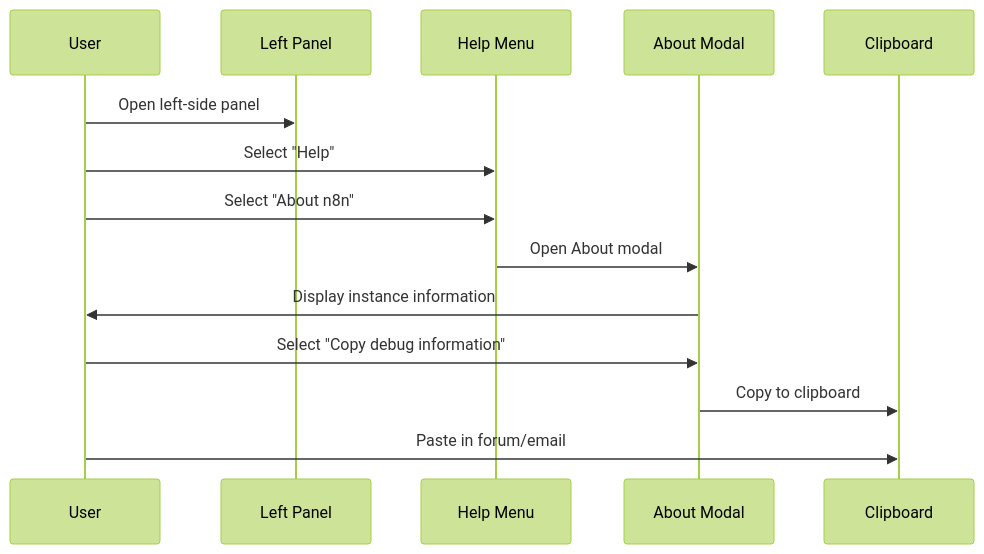
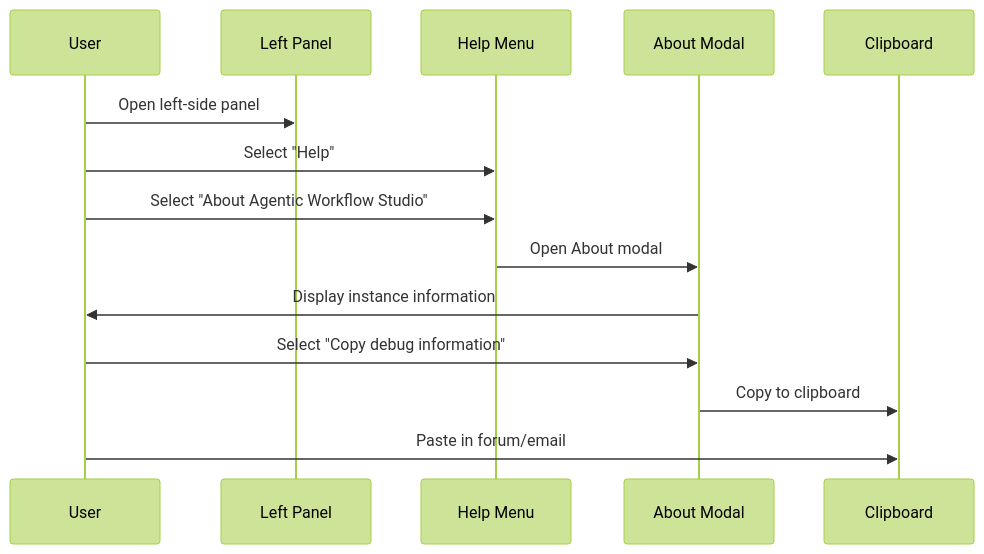
The second of 2 diagrams in src/content/docs/usage/help-and-community/help.md (agentic-com/Agentic-Flow-Doc), drawn with Mermaid (forest theme) before and after one commit. The commit also changed other lines of this file and 162 other files, not shown here.

````diff
--- a/src/content/docs/usage/help-and-community/help.md
+++ b/src/content/docs/usage/help-and-community/help.md
@@ -65,17 +65,17 @@
 ```mermaid
 sequenceDiagram
     participant U as User
     participant P as Left Panel
     participant H as Help Menu
     participant M as About Modal
     participant C as Clipboard
-    
+
     U->>P: Open left-side panel
     U->>H: Select "Help"
-    U->>H: Select "About n8n"
+    U->>H: Select "About Agentic Workflow Studio"
     H->>M: Open About modal
     M->>U: Display instance information
     U->>M: Select "Copy debug information"
     M->>C: Copy to clipboard
     U->>C: Paste in forum/email
 ```
````
